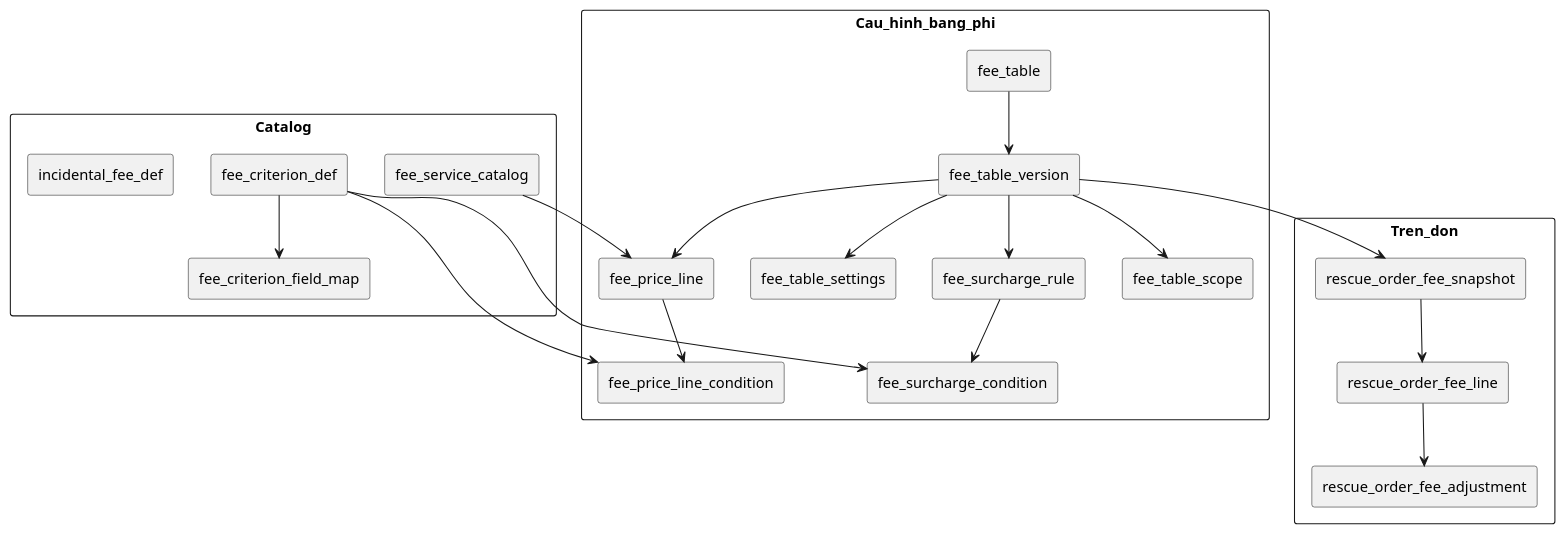
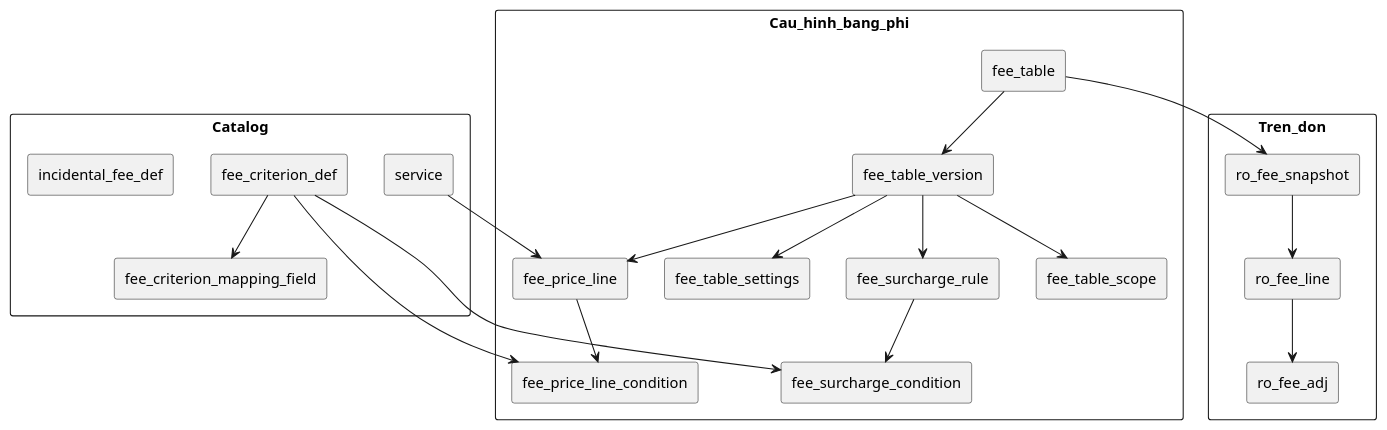
The diagram in docs/diagrams/fee-schema-groups.puml (ducld-vetc/rsa-design), drawn with PlantUML before and after one commit. The commit also changed 22 other files, not shown here.

Commit message:
refactor: update fee table schema to support partner management, replace supplier references with partner terminology, and enhance validation logic for fee table imports and price tables

```diff
--- a/docs/diagrams/fee-schema-groups.puml
+++ b/docs/diagrams/fee-schema-groups.puml
@@ -1,42 +1,42 @@
 @startuml
 skinparam packageStyle rectangle
 
 package "Catalog" {
   rectangle fee_criterion_def as CritDef
-  rectangle fee_criterion_field_map as CritMap
-  rectangle fee_service_catalog as SvcCat
+  rectangle fee_criterion_mapping_field as CritMap
+  rectangle service as Svc
   rectangle incidental_fee_def as Incidental
 }
 
 package "Cau_hinh_bang_phi" {
   rectangle fee_table as FT
   rectangle fee_table_version as FTV
   rectangle fee_table_scope as Scope
   rectangle fee_table_settings as Settings
   rectangle fee_price_line as PL
   rectangle fee_price_line_condition as PLC
   rectangle fee_surcharge_rule as SR
   rectangle fee_surcharge_condition as SRC
 }
 
 package "Tren_don" {
-  rectangle rescue_order_fee_snapshot as Snap
-  rectangle rescue_order_fee_line as Line
-  rectangle rescue_order_fee_adjustment as Adj
+  rectangle ro_fee_snapshot as Snap
+  rectangle ro_fee_line as Line
+  rectangle ro_fee_adj as Adj
 }
 
 CritDef --> CritMap
 CritDef --> PLC
 CritDef --> SRC
 FT --> FTV
 FTV --> Scope
 FTV --> Settings
 FTV --> PL
 FTV --> SR
 PL --> PLC
 SR --> SRC
-FTV --> Snap
+FT --> Snap
 Snap --> Line
 Line --> Adj
-SvcCat --> PL
+Svc --> PL
 @enduml
```
